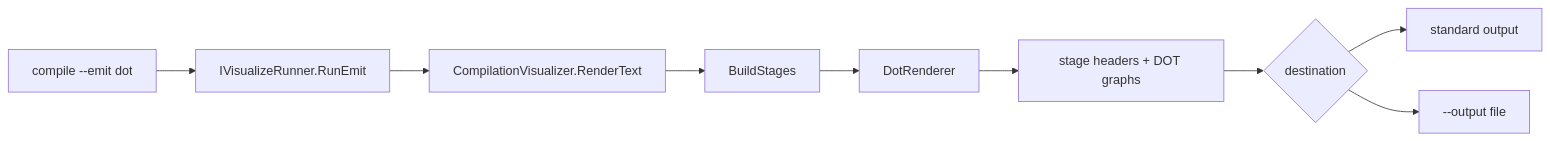
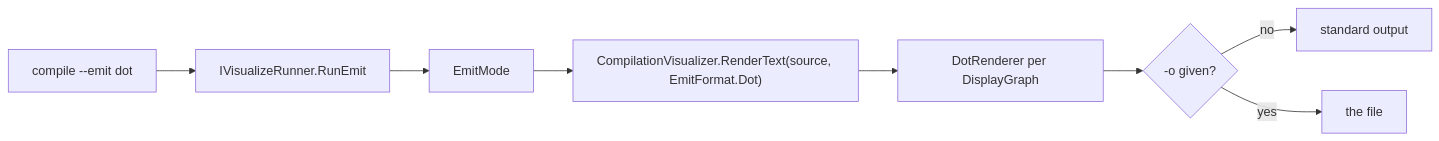
Before and after one commit to pengzhengyi/dialoguedown: the diagram in docs/contributing/design-notes/cli/Compile CLI - Emit DOT.md, drawn with Mermaid. The commit also changed other lines of this file and 124 other files, not shown here.

````diff
--- a/docs/contributing/design-notes/cli/Compile CLI - Emit DOT.md
+++ b/docs/contributing/design-notes/cli/Compile CLI - Emit DOT.md
@@ -58,11 +21,10 @@
 ```mermaid
 flowchart LR
     cli["compile --emit dot"] --> runner["IVisualizeRunner.RunEmit"]
-    runner --> viz["CompilationVisualizer.RenderText"]
-    viz --> stages["BuildStages"]
-    stages --> dot["DotRenderer"]
-    dot --> joined["stage headers + DOT graphs"]
-    joined --> target{"destination"}
-    target --> stdout["standard output"]
-    target --> file["--output file"]
+    runner --> mode["EmitMode"]
+    mode --> viz["CompilationVisualizer.RenderText(source, EmitFormat.Dot)"]
+    viz --> dot["DotRenderer per DisplayGraph"]
+    dot --> target{"-o given?"}
+    target -- no --> stdout["standard output"]
+    target -- yes --> file["the file"]
 ```
````
